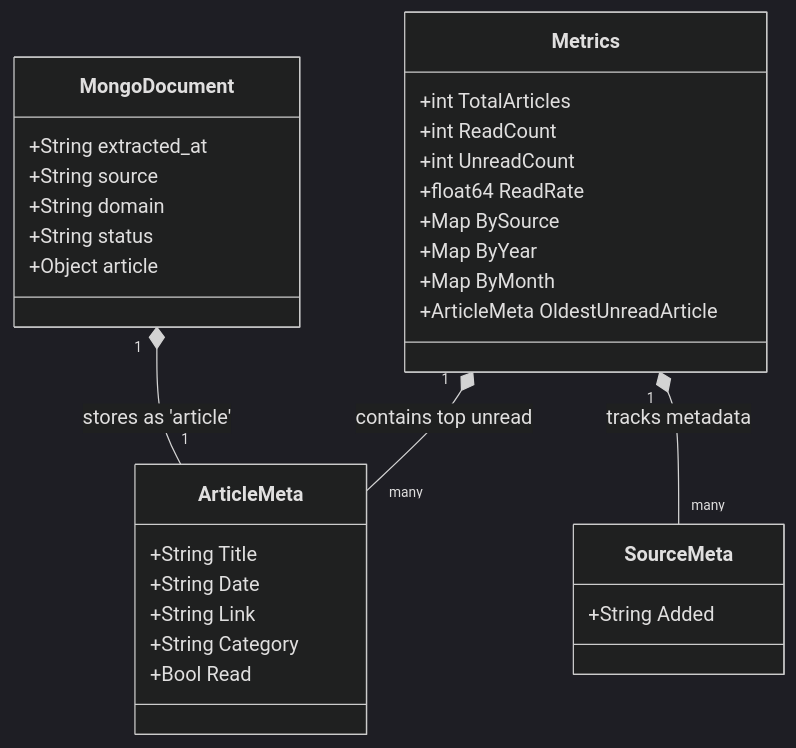
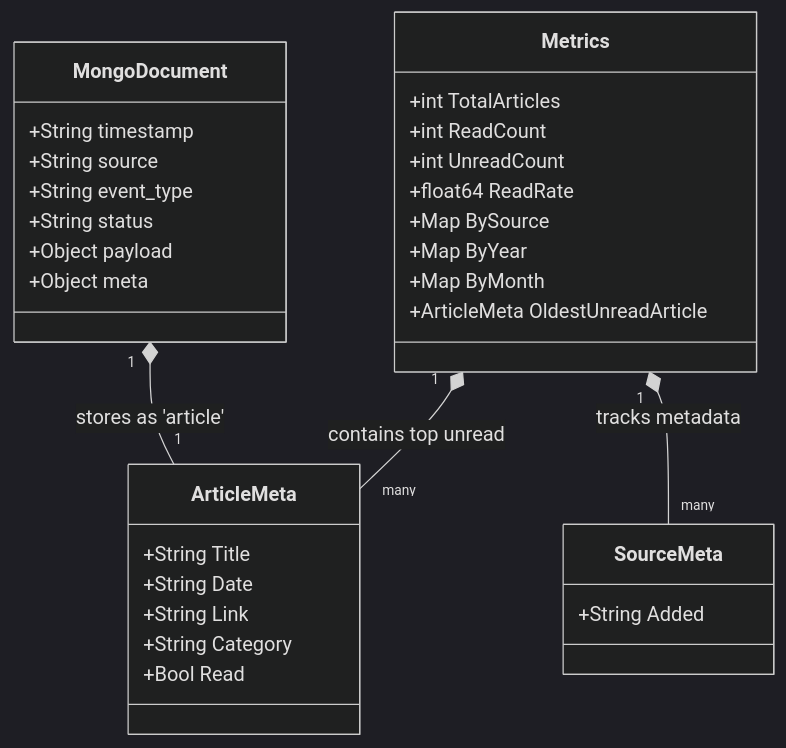
The diagram in docs/architecture/schemas.md (victoriacheng15/personal-reading-analytics-dashboard), drawn with Mermaid (dark theme) before and after one commit. The commit also changed other lines of this file and 6 other files, not shown here.

Commit message:
docs: Synchronize documentation with project architecture and features

````diff
--- a/docs/architecture/schemas.md
+++ b/docs/architecture/schemas.md
@@ -7,37 +7,38 @@
 ```mermaid
 classDiagram
     class Metrics {
         +int TotalArticles
         +int ReadCount
         +int UnreadCount
         +float64 ReadRate
         +Map BySource
         +Map ByYear
         +Map ByMonth
         +ArticleMeta OldestUnreadArticle
     }
 
     class ArticleMeta {
         +String Title
         +String Date
         +String Link
         +String Category
         +Bool Read
     }
 
     class SourceMeta {
         +String Added
     }
 
     class MongoDocument {
-        +String extracted_at
+        +String timestamp
         +String source
-        +String domain
+        +String event_type
         +String status
-        +Object article
+        +Object payload
+        +Object meta
     }
 
     Metrics "1" *-- "many" ArticleMeta : contains top unread
     Metrics "1" *-- "many" SourceMeta : tracks metadata
     MongoDocument "1" *-- "1" ArticleMeta : stores as 'article'
 ```
````
